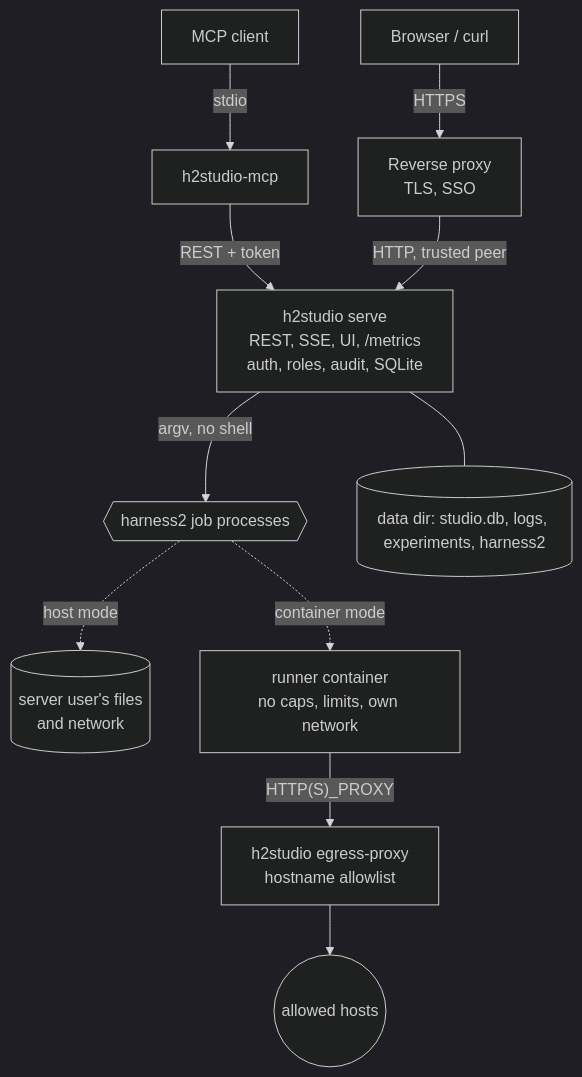
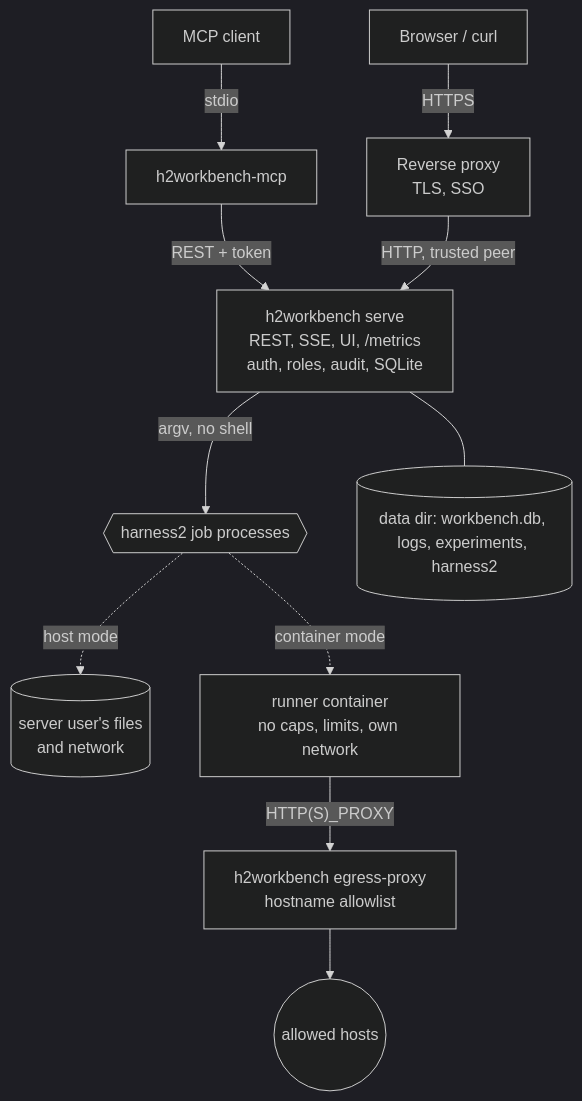
Before and after one commit to willboyden/harness2-workbench: the diagram in docs/ADMIN-GUIDE.md, drawn with Mermaid (dark theme). The commit also changed other lines of this file and 417 other files, not shown here.

First line of the commit message:
chore: rename the project to Harness² Workbench (harness2-workbench)

````diff
--- a/docs/ADMIN-GUIDE.md
+++ b/docs/ADMIN-GUIDE.md
@@ -59,13 +59,13 @@
 ```mermaid
 flowchart TB
   user[Browser / curl] -->|HTTPS| proxy[Reverse proxy<br/>TLS, SSO]
-  agent[MCP client] -->|stdio| mcp[h2studio-mcp]
+  agent[MCP client] -->|stdio| mcp[h2workbench-mcp]
   mcp -->|REST + token| srv
-  proxy -->|HTTP, trusted peer| srv[h2studio serve<br/>REST, SSE, UI, /metrics<br/>auth, roles, audit, SQLite]
+  proxy -->|HTTP, trusted peer| srv[h2workbench serve<br/>REST, SSE, UI, /metrics<br/>auth, roles, audit, SQLite]
   srv -->|argv, no shell| jobs{{harness2 job processes}}
   jobs -.->|host mode| host[(server user's files<br/>and network)]
   jobs -.->|container mode| ctr[runner container<br/>no caps, limits, own network]
-  ctr -->|"HTTP(S)_PROXY"| egress[h2studio egress-proxy<br/>hostname allowlist]
+  ctr -->|"HTTP(S)_PROXY"| egress[h2workbench egress-proxy<br/>hostname allowlist]
   egress --> net((allowed hosts))
-  srv --- data[(data dir: studio.db, logs, experiments, harness2)]
+  srv --- data[(data dir: workbench.db, logs, experiments, harness2)]
 ```
````
